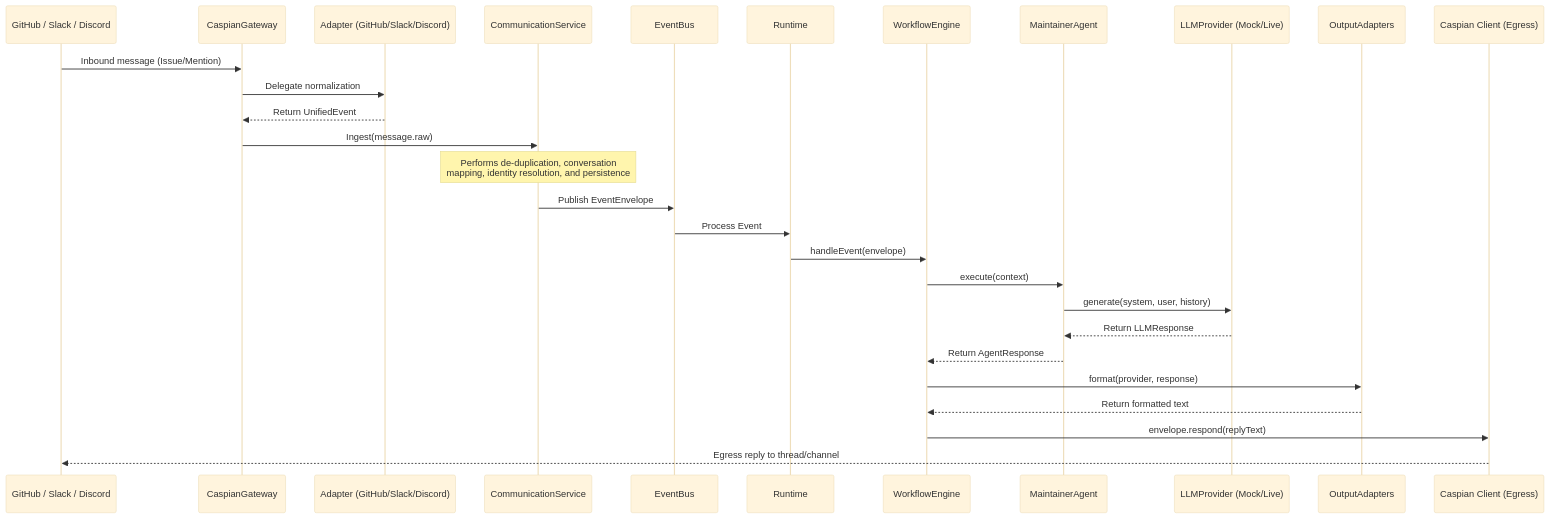
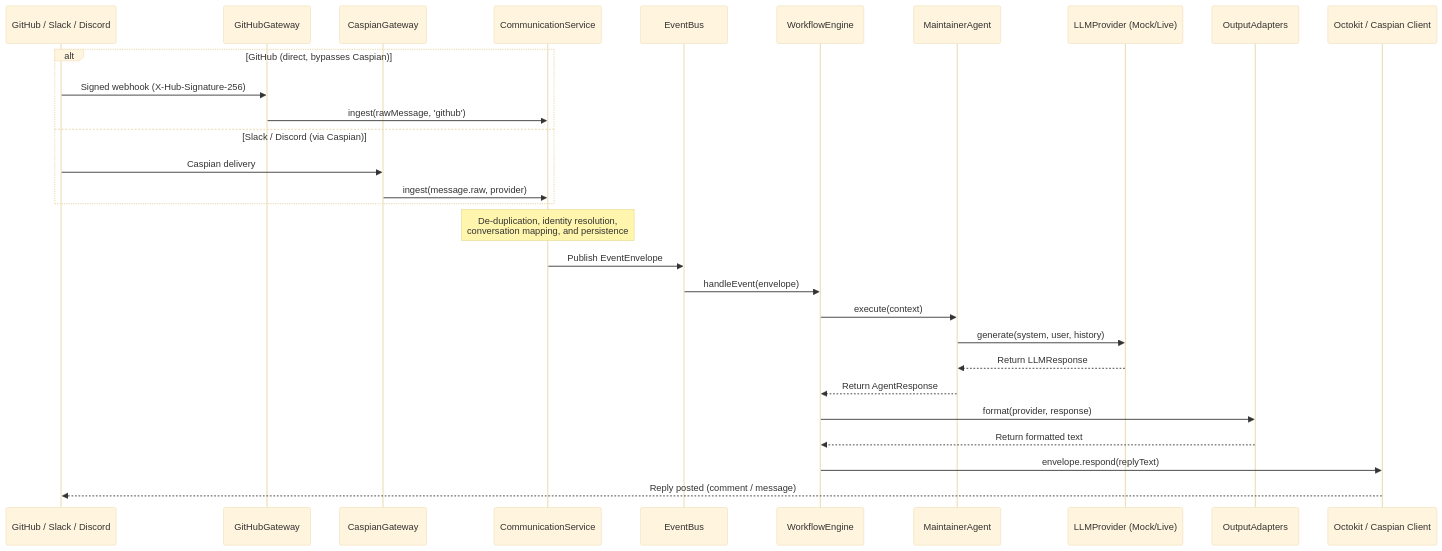
Before and after one commit to darkraider01/OSS-Maintainer-AI: the second of 2 diagrams in README.md, drawn with Mermaid (base theme). The commit also changed other lines of this file, not shown here.

First line of the commit message:
docs: fix architecture diagrams contradicting the GitHub-direct design

````diff
--- a/README.md
+++ b/README.md
@@ -273,31 +258,33 @@
 ```mermaid
 sequenceDiagram
     participant Client as GitHub / Slack / Discord
-    participant GW as CaspianGateway
-    participant AD as Adapter (GitHub/Slack/Discord)
+    participant GHG as GitHubGateway
+    participant CG as CaspianGateway
     participant CS as CommunicationService
     participant EB as EventBus
-    participant RE as Runtime
     participant WE as WorkflowEngine
     participant AG as MaintainerAgent
     participant LLM as LLMProvider (Mock/Live)
     participant OA as OutputAdapters
-    participant C as Caspian Client (Egress)
+    participant Egress as Octokit / Caspian Client
 
-    Client->>GW: Inbound message (Issue/Mention)
-    GW->>AD: Delegate normalization
-    AD-->>GW: Return UnifiedEvent
-    GW->>CS: Ingest(message.raw)
-    Note over CS: Performs de-duplication, conversation<br/>mapping, identity resolution, and persistence
+    alt GitHub (direct, bypasses Caspian)
+        Client->>GHG: Signed webhook (X-Hub-Signature-256)
+        GHG->>CS: ingest(rawMessage, 'github')
+    else Slack / Discord (via Caspian)
+        Client->>CG: Caspian delivery
+        CG->>CS: ingest(message.raw, provider)
+    end
+
+    Note over CS: De-duplication, identity resolution,<br/>conversation mapping, and persistence
     CS->>EB: Publish EventEnvelope
-    EB->>RE: Process Event
-    RE->>WE: handleEvent(envelope)
+    EB->>WE: handleEvent(envelope)
     WE->>AG: execute(context)
     AG->>LLM: generate(system, user, history)
     LLM-->>AG: Return LLMResponse
     AG-->>WE: Return AgentResponse
     WE->>OA: format(provider, response)
     OA-->>WE: Return formatted text
-    WE->>C: envelope.respond(replyText)
-    C-->>Client: Egress reply to thread/channel
+    WE->>Egress: envelope.respond(replyText)
+    Egress-->>Client: Reply posted (comment / message)
 ```
````
